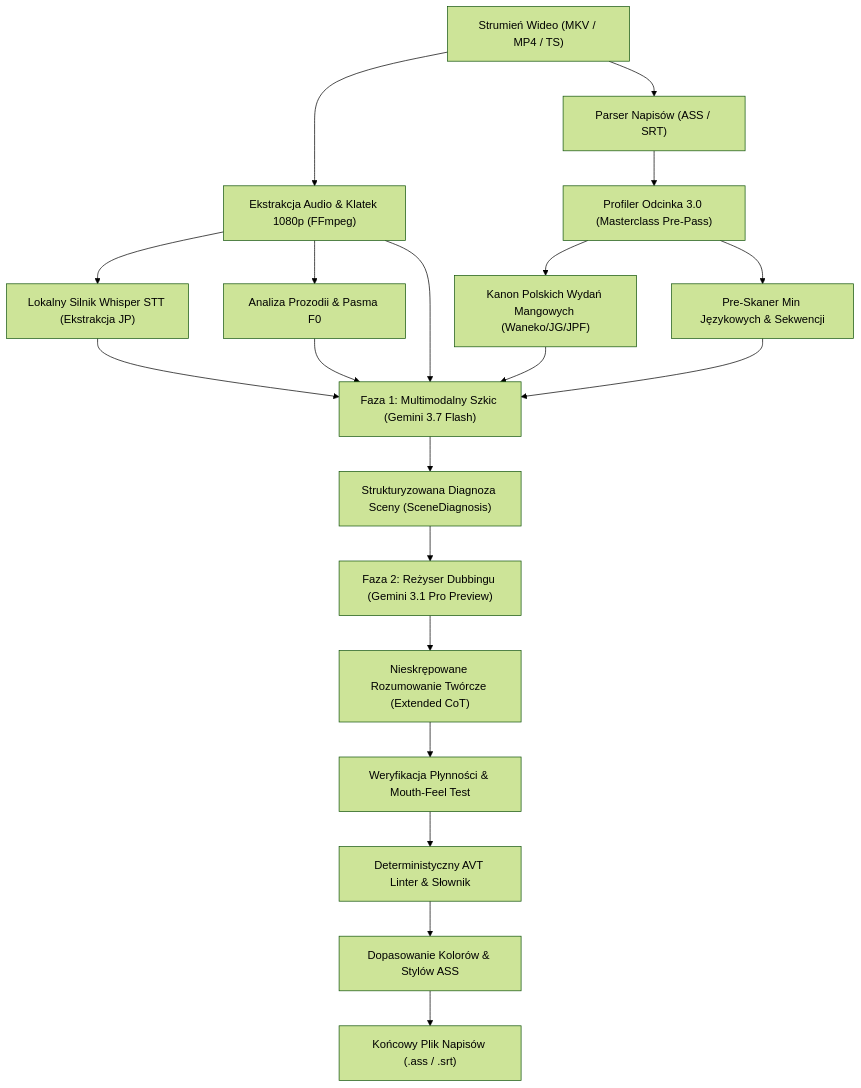
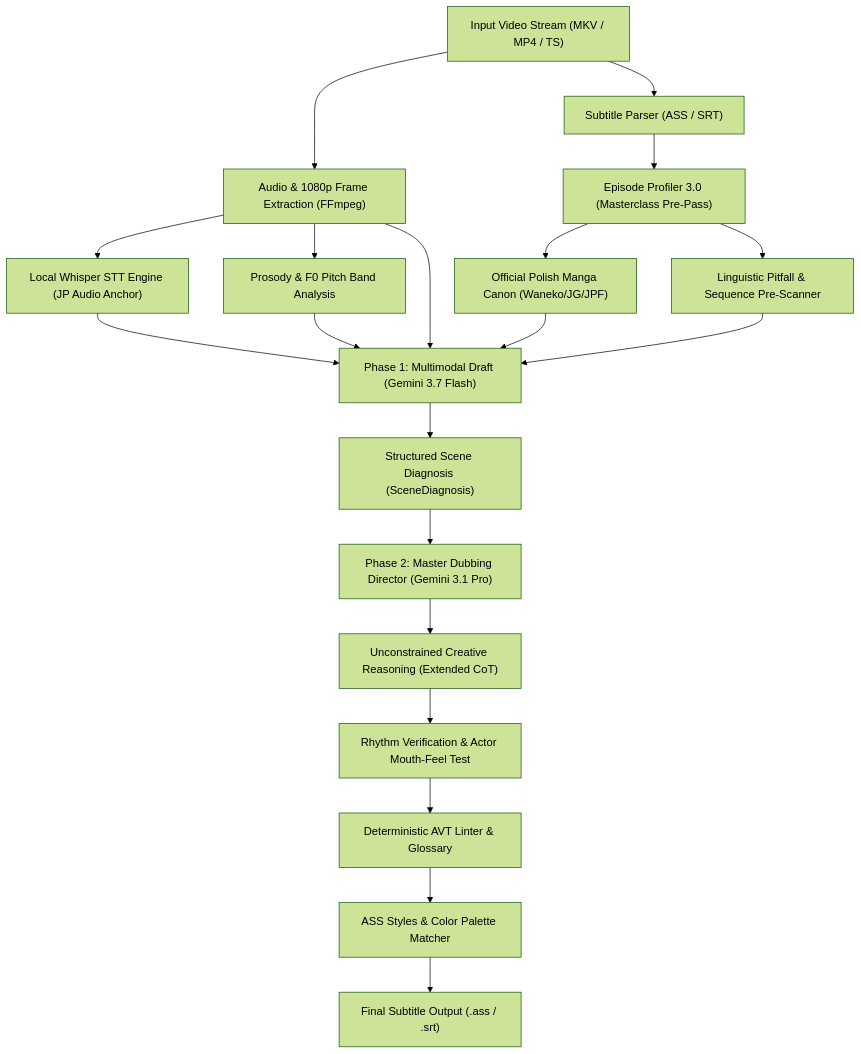
Before and after one commit to wooles/translator: the diagram in README.md, drawn with Mermaid (forest theme). The commit also changed other lines of this file, not shown here.

Commit message:
docs(readme): Translate full architectural documentation to professional English

````diff
--- a/README.md
+++ b/README.md
@@ -19,26 +19,26 @@
 ```mermaid
 flowchart TD
-    Video["Strumień Wideo (MKV / MP4 / TS)"] --> AudioExtract["Ekstrakcja Audio & Klatek 1080p (FFmpeg)"]
-    AudioExtract --> WhisperSTT["Lokalny Silnik Whisper STT (Ekstrakcja JP)"]
-    AudioExtract --> Prosody["Analiza Prozodii & Pasma F0"]
-    Video --> SubtitleParse["Parser Napisów (ASS / SRT)"]
+    Video["Input Video Stream (MKV / MP4 / TS)"] --> AudioExtract["Audio & 1080p Frame Extraction (FFmpeg)"]
+    AudioExtract --> WhisperSTT["Local Whisper STT Engine (JP Audio Anchor)"]
+    AudioExtract --> Prosody["Prosody & F0 Pitch Band Analysis"]
+    Video --> SubtitleParse["Subtitle Parser (ASS / SRT)"]
 
-    SubtitleParse --> Profiler["Profiler Odcinka 3.0 (Masterclass Pre-Pass)"]
-    Profiler --> MangaCanon["Kanon Polskich Wydań Mangowych (Waneko/JG/JPF)"]
-    Profiler --> DangerScan["Pre-Skaner Min Językowych & Sekwencji"]
+    SubtitleParse --> Profiler["Episode Profiler 3.0 (Masterclass Pre-Pass)"]
+    Profiler --> MangaCanon["Official Polish Manga Canon (Waneko/JG/JPF)"]
+    Profiler --> DangerScan["Linguistic Pitfall & Sequence Pre-Scanner"]
 
-    WhisperSTT --> F1["Faza 1: Multimodalny Szkic (Gemini 3.7 Flash)"]
+    WhisperSTT --> F1["Phase 1: Multimodal Draft (Gemini 3.7 Flash)"]
     Prosody --> F1
     MangaCanon --> F1
     DangerScan --> F1
     AudioExtract --> F1
 
-    F1 --> SceneDiag["Strukturyzowana Diagnoza Sceny (SceneDiagnosis)"]
-    SceneDiag --> F2["Faza 2: Reżyser Dubbingu (Gemini 3.1 Pro Preview)"]
-    F2 --> CoT["Nieskrępowane Rozumowanie Twórcze (Extended CoT)"]
-    CoT --> MouthFeel["Weryfikacja Płynności & Mouth-Feel Test"]
+    F1 --> SceneDiag["Structured Scene Diagnosis (SceneDiagnosis)"]
+    SceneDiag --> F2["Phase 2: Master Dubbing Director (Gemini 3.1 Pro)"]
+    F2 --> CoT["Unconstrained Creative Reasoning (Extended CoT)"]
+    CoT --> MouthFeel["Rhythm Verification & Actor Mouth-Feel Test"]
 
-    MouthFeel --> Linter["Deterministyczny AVT Linter & Słownik"]
-    Linter --> Typesetting["Dopasowanie Kolorów & Stylów ASS"]
-    Typesetting --> Output["Końcowy Plik Napisów (.ass / .srt)"]
+    MouthFeel --> Linter["Deterministic AVT Linter & Glossary"]
+    Linter --> Typesetting["ASS Styles & Color Palette Matcher"]
+    Typesetting --> Output["Final Subtitle Output (.ass / .srt)"]
 ```
````
